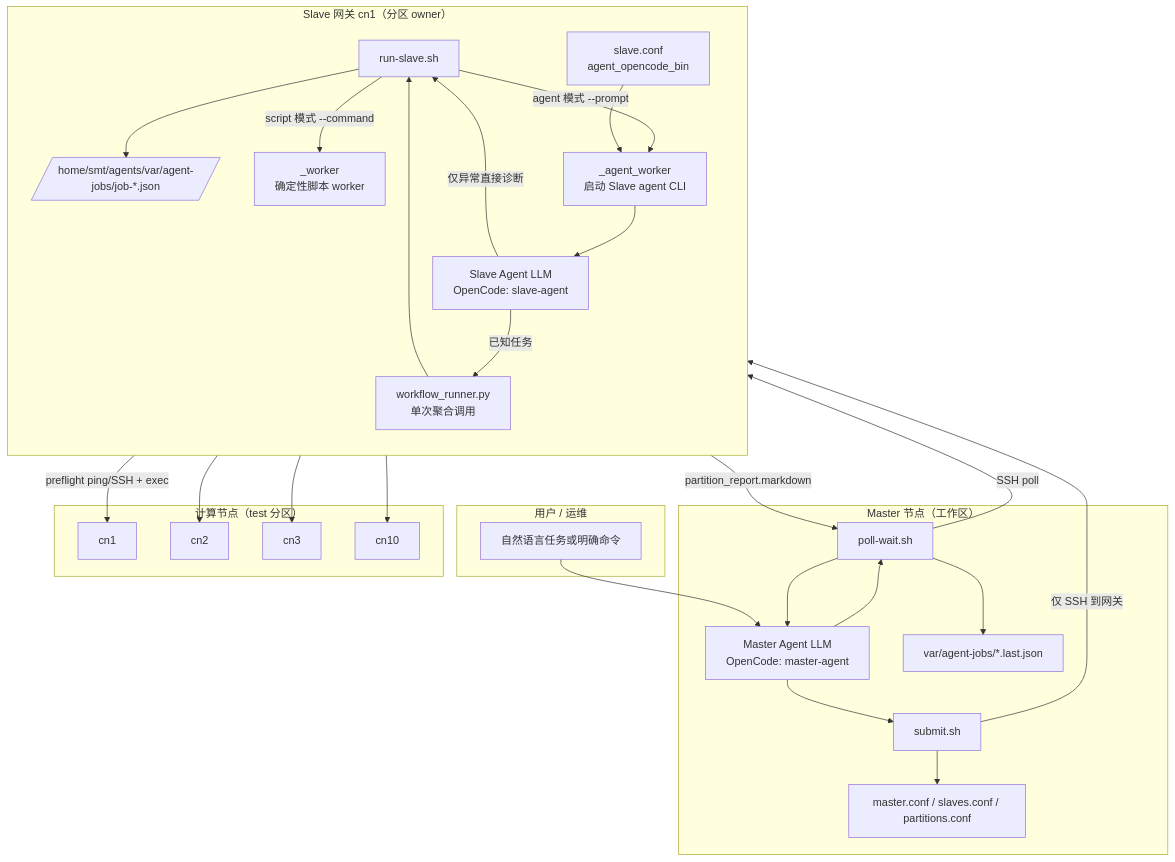
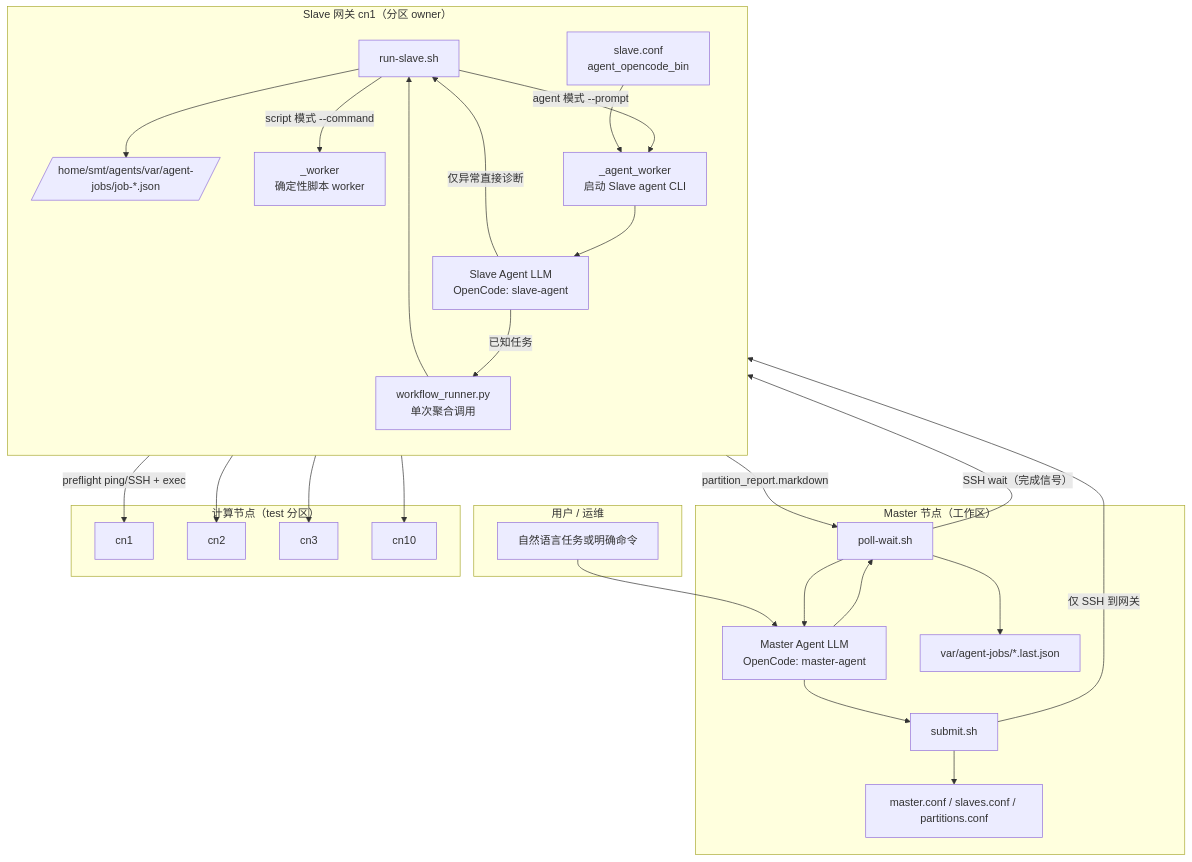
The first of 4 diagrams in docs/zh/architecture.md (voidspiral/ClusterHelm), drawn with Mermaid before and after one commit. The commit also changed other lines of this file and 22 other files, not shown here.

Commit message:
Unblock poll-wait on a job-end sidecar and deploy slave using master.conf remote_project.

````diff
--- a/docs/zh/architecture.md
+++ b/docs/zh/architecture.md
@@ -21,54 +21,54 @@
 ```mermaid
 flowchart TB
   subgraph User["用户 / 运维"]
     U[自然语言任务或明确命令]
   end
 
   subgraph Master["Master 节点（工作区）"]
     MA["Master Agent LLM<br/>OpenCode: master-agent"]
     MS[submit.sh]
     MP[poll-wait.sh]
     MC[master.conf / slaves.conf / partitions.conf]
     MJ[var/agent-jobs/*.last.json]
     MA --> MS
     MA --> MP
     MS --> MC
     MP --> MJ
   end
 
   subgraph Gateway["Slave 网关 cn1（分区 owner）"]
     direction TB
     RS[run-slave.sh]
     SC[slave.conf<br/>agent_opencode_bin]
     SJ[/home/smt/agents/var/agent-jobs/job-*.json/]
     SA["Slave Agent LLM<br/>OpenCode: slave-agent"]
     WR["workflow_runner.py<br/>单次聚合调用"]
     WK["_worker<br/>确定性脚本 worker"]
     AW["_agent_worker<br/>启动 Slave agent CLI"]
     RS --> SJ
     RS -->|script 模式 --command| WK
     RS -->|agent 模式 --prompt| AW
     AW --> SA
     SC --> AW
     SA -->|已知任务| WR
     WR --> RS
   end
 
   subgraph Nodes["计算节点（test 分区）"]
     N1[cn1]
     N2[cn2]
     N3[cn3]
     N10[cn10]
   end
 
   U --> MA
   MS -->|仅 SSH 到网关| RS
-  MP -->|SSH poll| RS
+  MP -->|SSH wait（完成信号）| RS
   WK -->|preflight ping/SSH + exec| N1
   WK --> N2
   WK --> N3
   WK --> N10
   SA -->|仅异常直接诊断| RS
   RS -->|partition_report.markdown| MP
   MP --> MA
 ```
````
